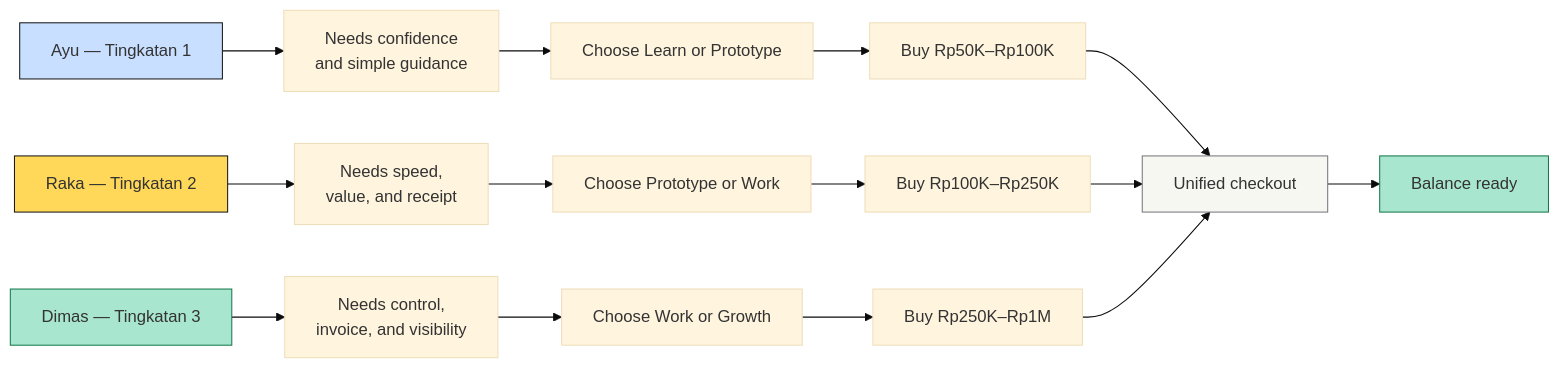
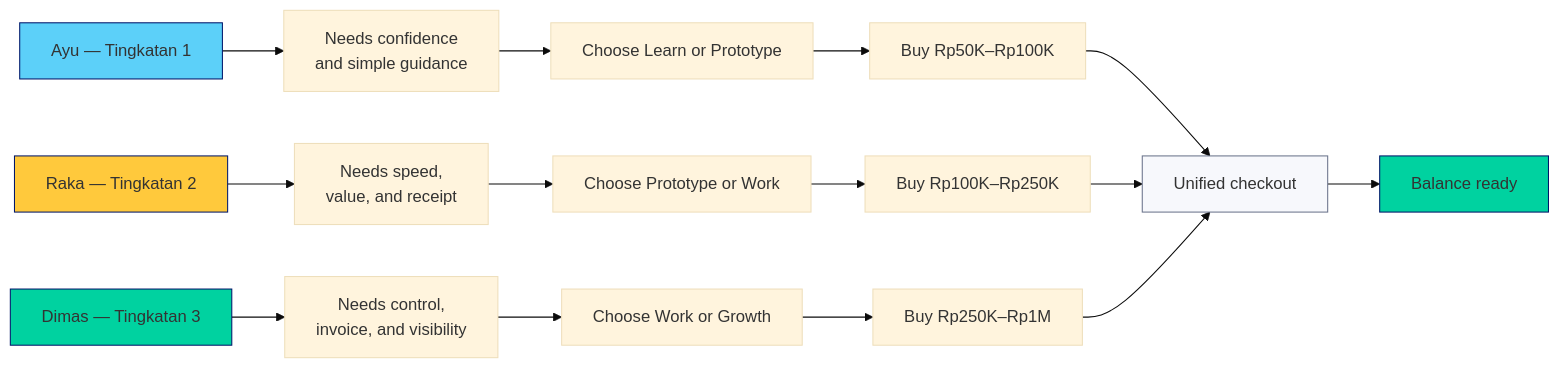
One commit to hannifkurniawan/token-nyala changed the third of 3 diagrams in docs/user-journey.md. Above: the diagram before and after it, drawn with Mermaid (base theme). The commit also changed other lines of this file and 10 other files, not shown here.

````diff
--- a/docs/user-journey.md
+++ b/docs/user-journey.md
@@ -80,29 +80,29 @@
 ```mermaid
 flowchart LR
     AYU[Ayu — Tingkatan 1] --> AYU1[Needs confidence
 and simple guidance]
     AYU1 --> AYU2[Choose Learn or Prototype]
     AYU2 --> AYU3[Buy Rp50K–Rp100K]
 
     RAKA[Raka — Tingkatan 2] --> RAKA1[Needs speed,
 value, and receipt]
     RAKA1 --> RAKA2[Choose Prototype or Work]
     RAKA2 --> RAKA3[Buy Rp100K–Rp250K]
 
     DIMAS[Dimas — Tingkatan 3] --> DIMAS1[Needs control,
 invoice, and visibility]
     DIMAS1 --> DIMAS2[Choose Work or Growth]
     DIMAS2 --> DIMAS3[Buy Rp250K–Rp1M]
 
     AYU3 --> CHECKOUT[Unified checkout]
     RAKA3 --> CHECKOUT
     DIMAS3 --> CHECKOUT
 
     CHECKOUT --> SUCCESS[Balance ready]
 
-    style AYU fill:#C8DFFF,stroke:#17181A
-    style RAKA fill:#FFD85A,stroke:#17181A
-    style DIMAS fill:#A8E6CF,stroke:#16794C
-    style CHECKOUT fill:#F7F7F2,stroke:#74777D
-    style SUCCESS fill:#A8E6CF,stroke:#16794C
+    style AYU fill:#5CD0F9,stroke:#00166A
+    style RAKA fill:#FFC93C,stroke:#00166A
+    style DIMAS fill:#00D2A0,stroke:#00166A
+    style CHECKOUT fill:#F7F8FC,stroke:#69728A
+    style SUCCESS fill:#00D2A0,stroke:#00166A
 ```
````
